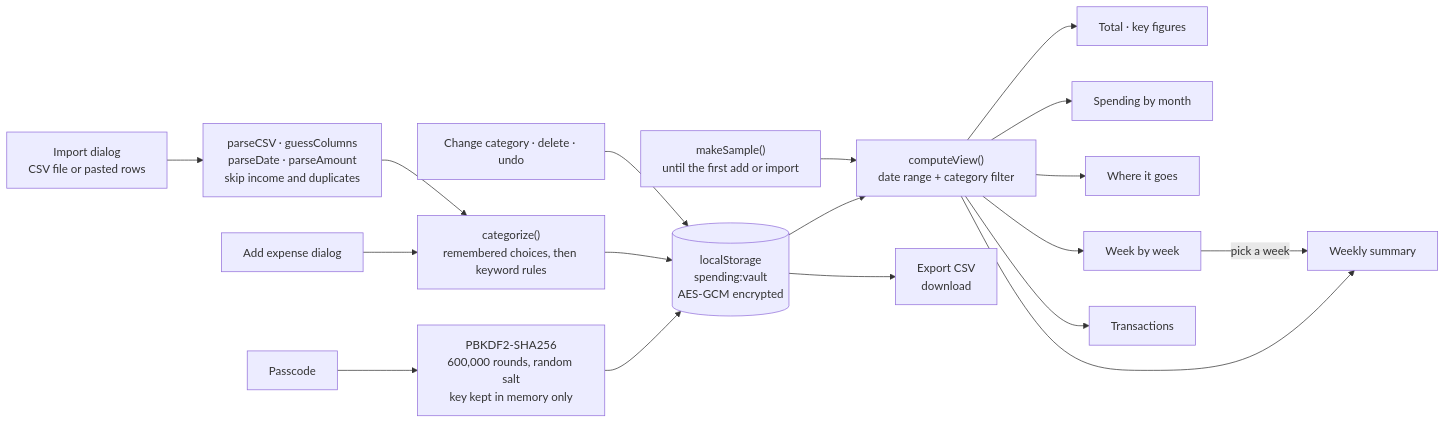
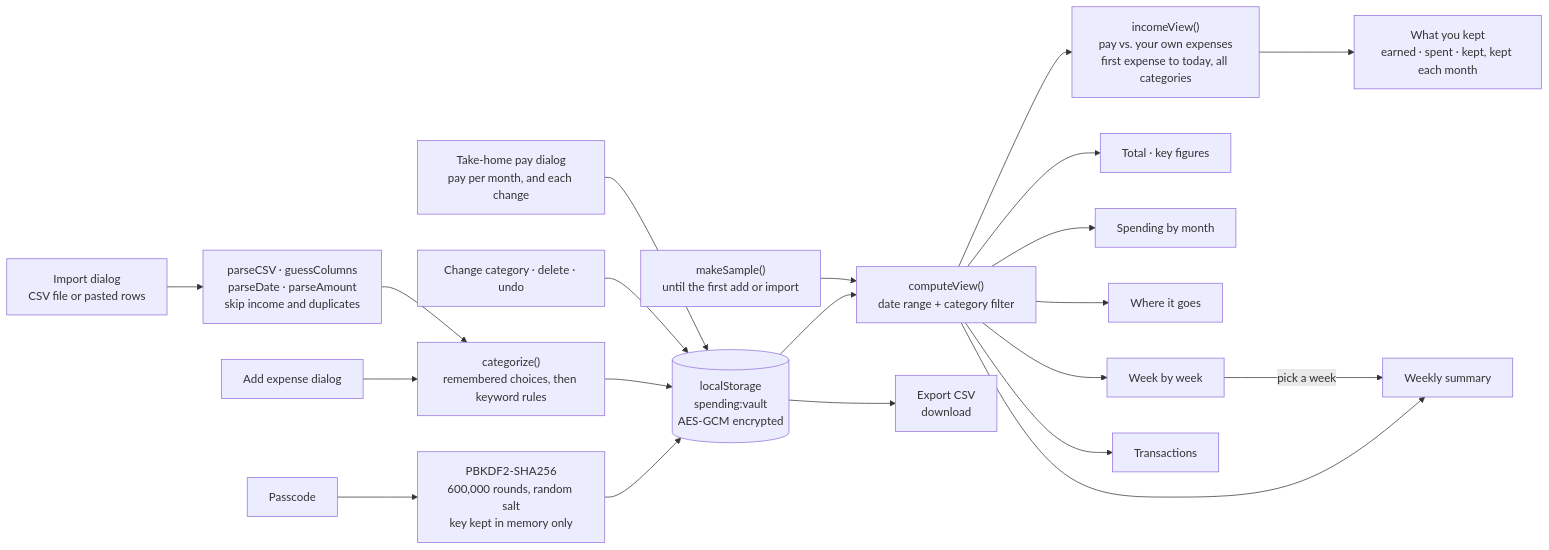
Before and after one commit to dodibanzon/dodibanzon.github.io: the ninth of 9 diagrams in WEBFLOW.md, drawn with Mermaid. The commit also changed other lines of this file and 2 other files, not shown here.

First line of the commit message:
Track take-home pay in the spending tracker (#15)

````diff
--- a/WEBFLOW.md
+++ b/WEBFLOW.md
@@ -291,20 +291,23 @@
 ```mermaid
 flowchart LR
   pass["Passcode"] --> kdf["PBKDF2-SHA256<br>600,000 rounds, random salt<br>key kept in memory only"]
   kdf --> store
   add["Add expense dialog"] --> cat["categorize()<br>remembered choices, then keyword rules"]
   csv["Import dialog<br>CSV file or pasted rows"] --> parse["parseCSV · guessColumns<br>parseDate · parseAmount<br>skip income and duplicates"]
   parse --> cat
   cat --> store[("localStorage<br>spending:vault<br>AES-GCM encrypted")]
   edit["Change category · delete · undo"] --> store
+  pay["Take-home pay dialog<br>pay per month, and each change"] --> store
   store --> view["computeView()<br>date range + category filter"]
   sample["makeSample()<br>until the first add or import"] --> view
+  view --> inc["incomeView()<br>pay vs. your own expenses<br>first expense to today, all categories"]
+  inc --> kept["What you kept<br>earned · spent · kept, kept each month"]
   view --> sum["Total · key figures"]
   view --> mon["Spending by month"]
   view --> cats["Where it goes"]
   view --> wk["Weekly summary"]
   view --> wks["Week by week"]
   view --> tx["Transactions"]
   wks -- "pick a week" --> wk
   store --> exp["Export CSV<br>download"]
 ```
````
